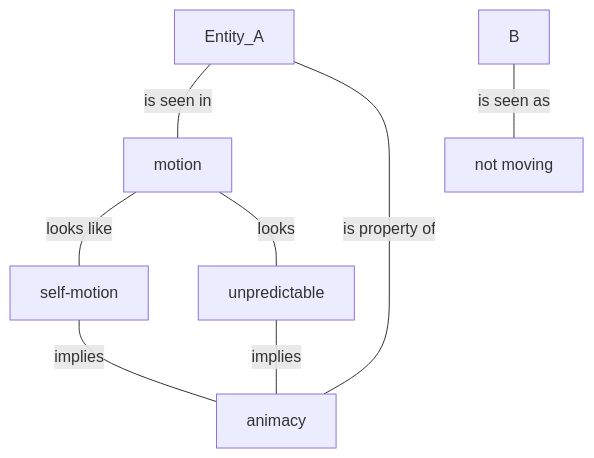
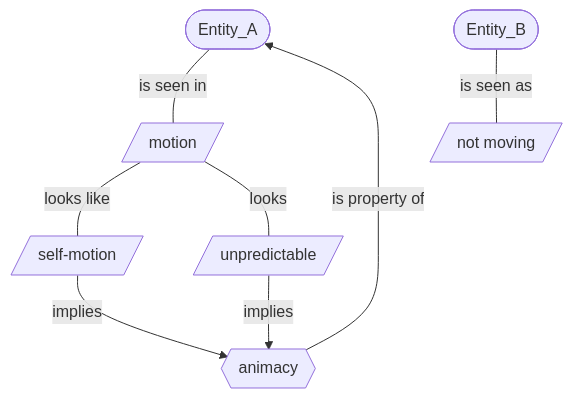
One commit to psu-psychology/psy-548-2025-fall changed the first of 4 diagrams in src/slides/wk-14-conceptual-development.qmd. Above: the diagram before and after it, drawn with Mermaid. The commit also changed other lines of this file and 2 other files, not shown here.

Commit message:
Finalize conceptual diagrams.

````diff
--- a/src/slides/wk-14-conceptual-development.qmd
+++ b/src/slides/wk-14-conceptual-development.qmd
@@ -182,9 +185,11 @@
 ```{mermaid}
+%%| label: fig-inferring-animacy
+%%| fig-cap: "From perceptual to conceptual representation. Perceptual properties are in the trapezoids; concepts are in the trapezoidal shapes."
 flowchart TD
-  A[Entity_A] ---|is seen in| M[motion]
-  M ---|looks like| S[self-motion]
-  M ---|looks| U[unpredictable]
-  B ---|is seen as| N[not moving]
-  S & U ---|implies| C[animacy]
-  C ---|is property of| A
+  A([Entity_A]) ---|is seen in| M[/motion/]
+  M ---|looks like| S[/self-motion/]
+  M ---|looks| U[/unpredictable/]
+  B([Entity_B]) ---|is seen as| N[/not moving/]
+  S & U -->|implies| C{{animacy}}
+  C -->|is property of| A
 ```
````
